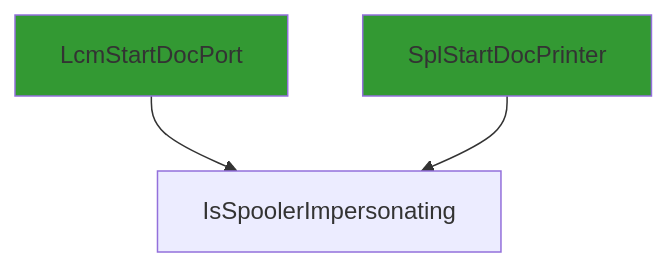
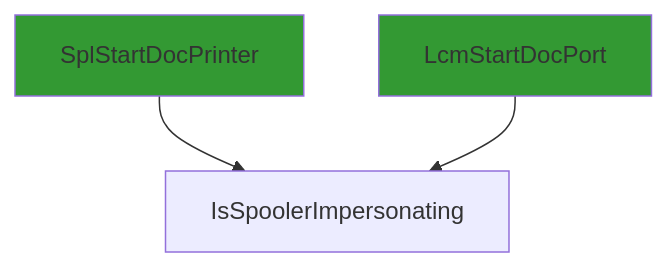
Before and after one commit to clearbluejar/ghidra-pyhidra-callgraphs: the second of 4 diagrams in .callgraphs/localspl.dll.x64.10.0.22000.376/IsSpoolerImpersonating.flow.md, drawn with Mermaid. The commit also changed other lines of this file and 15 other files, not shown here.

Commit message:
update with mermaid live links

````diff
--- a/.callgraphs/localspl.dll.x64.10.0.22000.376/IsSpoolerImpersonating.flow.md
+++ b/.callgraphs/localspl.dll.x64.10.0.22000.376/IsSpoolerImpersonating.flow.md
@@ -22,7 +26,7 @@
 ```mermaid
 flowchart TD
 classDef shaded fill:#339933
-1["LcmStartDocPort"]:::shaded --> root["IsSpoolerImpersonating"]
-0["SplStartDocPrinter"]:::shaded --> root["IsSpoolerImpersonating"]
+1["SplStartDocPrinter"]:::shaded --> root["IsSpoolerImpersonating"]
+0["LcmStartDocPort"]:::shaded --> root["IsSpoolerImpersonating"]
 
 ```
````
